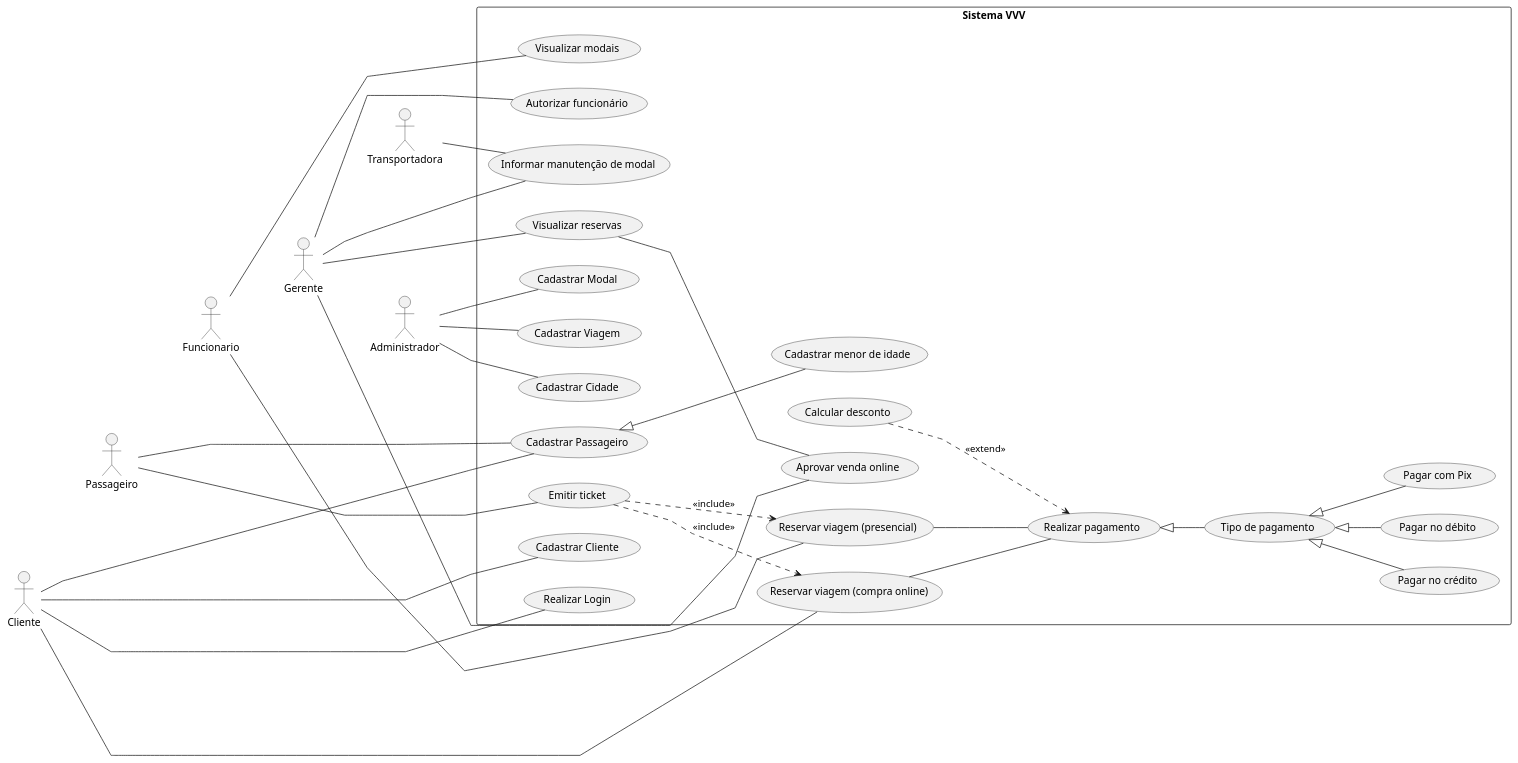
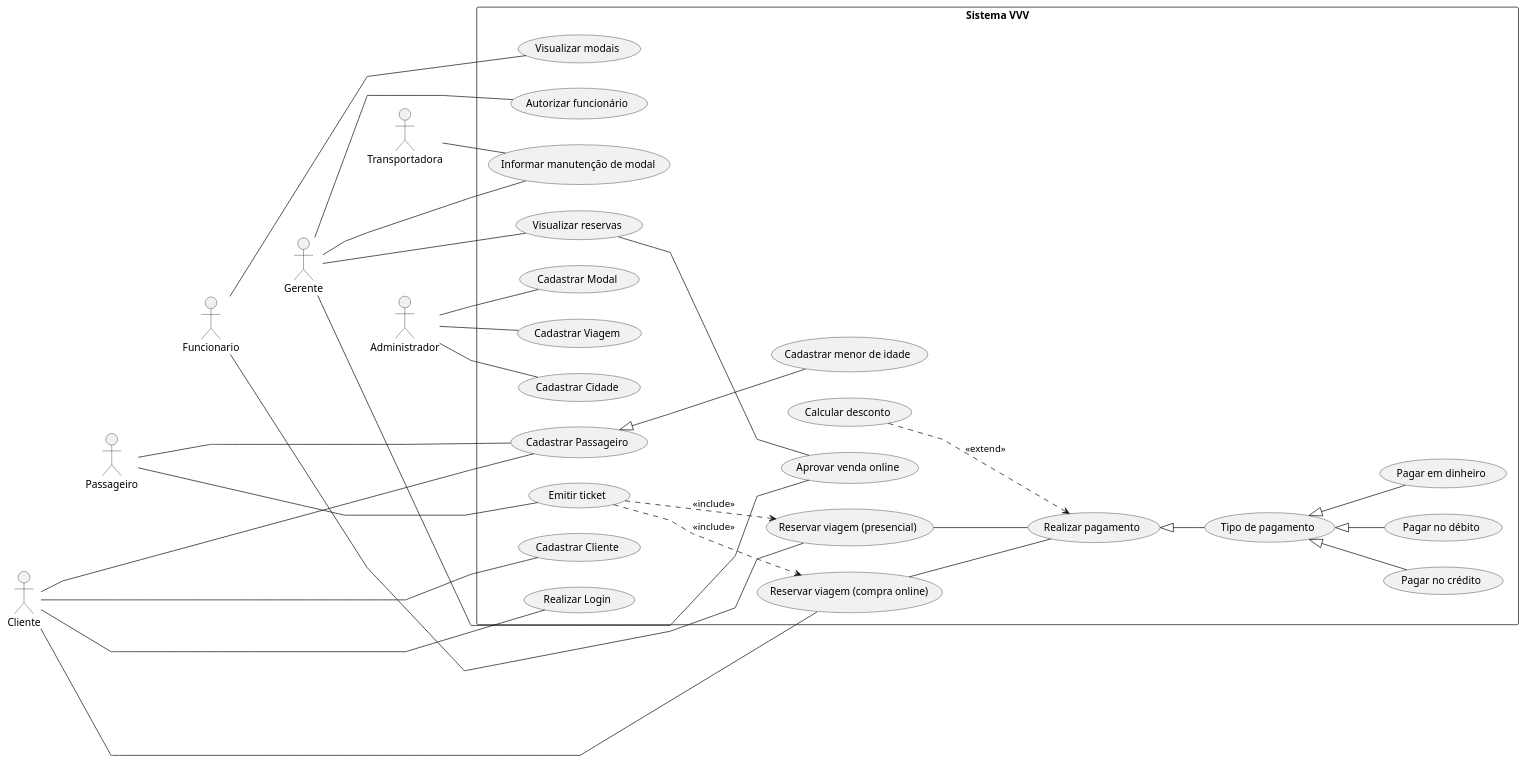
One commit to marco-pcg/vvv-system changed the diagram in contexto_atualizado/use_cases.plantuml. Above: the diagram before and after it, drawn with PlantUML. The commit also changed 13 other files, not shown here.

Commit message:
feat: implementar PagamentoDinheiro e remover Pix (T19c)

```diff
--- a/contexto_atualizado/use_cases.plantuml
+++ b/contexto_atualizado/use_cases.plantuml
@@ -1,106 +1,106 @@
 @startuml
 left to right direction
 skinparam packageStyle rectangle
 skinparam linetype polyline
 
 actor Cliente
 actor Passageiro
 actor Funcionario
 actor Gerente
 actor Administrador
 actor Transportadora
 
 ' Apenas organização visual
 Cliente -[hidden]down- Passageiro
 Passageiro -[hidden]down- Funcionario
 Funcionario -[hidden]down- Gerente
 Gerente -[hidden]down- Administrador
 
 rectangle "Sistema VVV" {
 
   ' Casos de Uso do Cliente/Passageiro
   usecase "Cadastrar Cliente" as CadCliente
   usecase "Cadastrar Passageiro" as CadPassageiro
   usecase "Realizar Login" as Login
   usecase "Reservar viagem (compra online)" as ResOnline
 
   ' Pagamento
   usecase "Realizar pagamento" as Pagamento
   usecase "Calcular desconto" as Desconto
   usecase "Cadastrar menor de idade" as CadMenor
   usecase "Emitir ticket" as Ticket
 
   ' Tipos de pagamento
   usecase "Tipo de pagamento" as TipoPag
   usecase "Pagar no crédito" as PagCredito
   usecase "Pagar no débito" as PagDebito
-  usecase "Pagar com Pix" as PagPix
+  usecase "Pagar em dinheiro" as PagDinheiro
 
   ' Funcionário
   usecase "Reservar viagem (presencial)" as ResFisica
   usecase "Visualizar modais" as VisModais
 
   ' Gerente
   usecase "Autorizar funcionário" as Autorizar
   usecase "Visualizar reservas" as VisRes
   usecase "Aprovar venda online" as Aprovar
   usecase "Informar manutenção de modal" as Manutencao
 
   ' Administrador
   usecase "Cadastrar Cidade" as CadCidade
   usecase "Cadastrar Modal" as CadModal
   usecase "Cadastrar Viagem" as CadViagem
 }
 
 '------------------------
 ' Associações dos atores
 '------------------------
 
 Cliente -- CadCliente
 Cliente -- CadPassageiro
 Cliente -- Login
 Cliente -- ResOnline
 
 Passageiro -- CadPassageiro
 Passageiro -- Ticket
 
 Funcionario -- ResFisica
 Funcionario -- VisModais
 
 Gerente -- Autorizar
 Gerente -- VisRes
 Gerente -- Aprovar
 Gerente -- Manutencao
 
 Transportadora -- Manutencao
 
 Administrador -- CadCidade
 Administrador -- CadModal
 Administrador -- CadViagem
 
 '------------------------
 ' Relações entre casos de uso
 '------------------------
 
 Ticket ..> ResOnline : <<include>>
 Ticket ..> ResFisica : <<include>>
 
 ResOnline -- Pagamento
 ResFisica -- Pagamento
 
 VisRes -- Aprovar
 
 Desconto ..> Pagamento : <<extend>>
 
 CadPassageiro <|-- CadMenor
 
 '------------------------
 ' Generalização de pagamento
 '------------------------
 
 Pagamento <|-- TipoPag
 TipoPag <|-- PagCredito
 TipoPag <|-- PagDebito
-TipoPag <|-- PagPix
+TipoPag <|-- PagDinheiro
 
 @enduml
```
